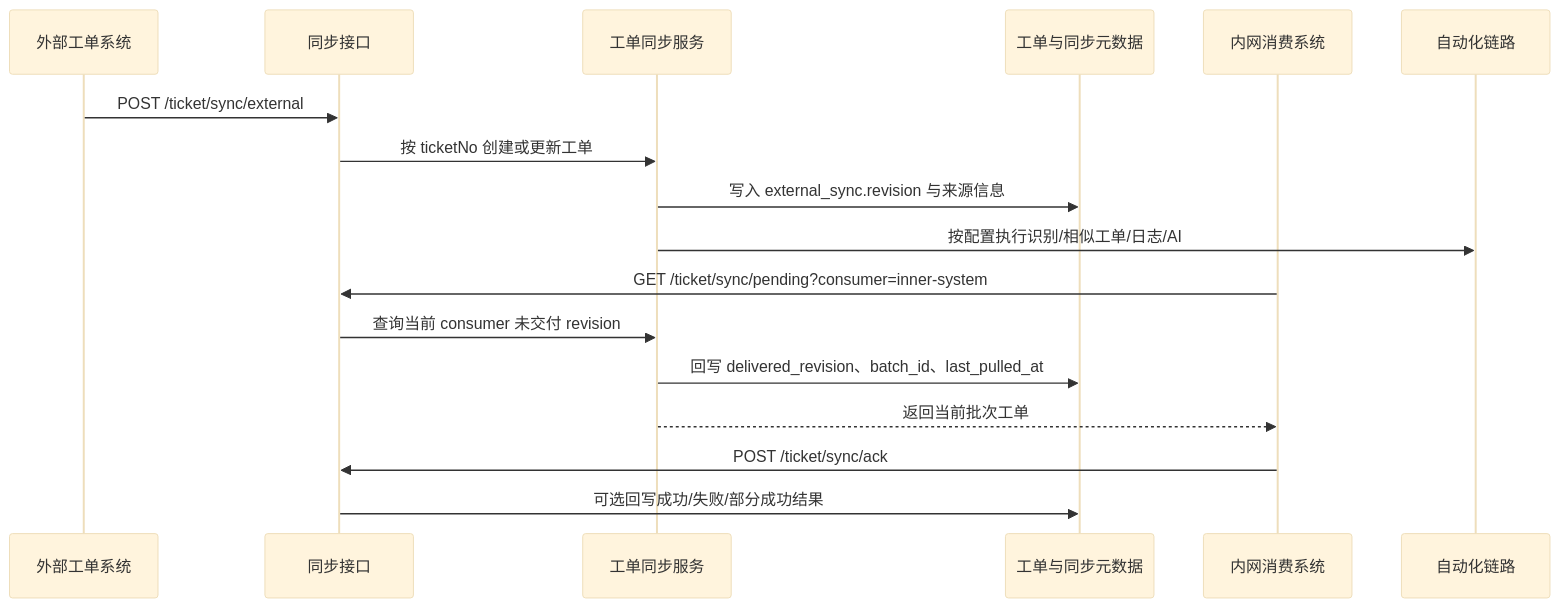
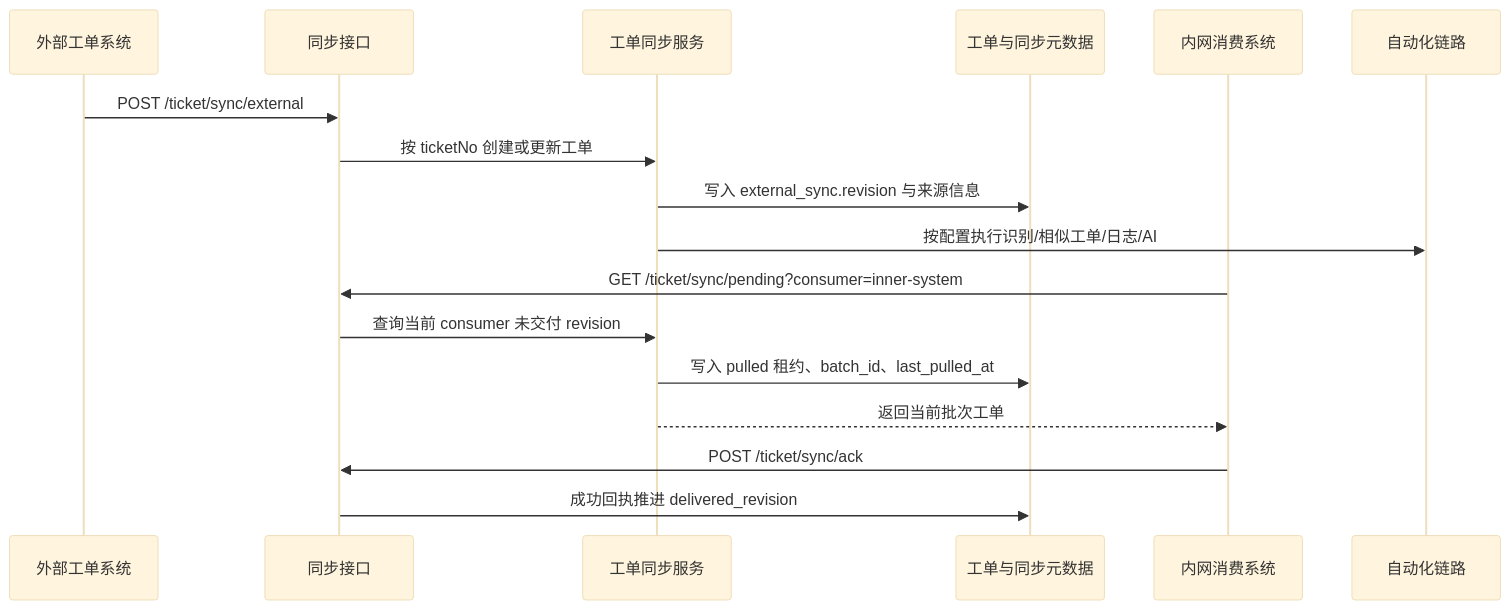
Before and after one commit to diaodeng/ApiTestPlatform: the diagram in wiki/flows/ticket-external-sync-flow.md, drawn with Mermaid (base theme). The commit also changed other lines of this file and 6 other files, not shown here.

````diff
--- a/wiki/flows/ticket-external-sync-flow.md
+++ b/wiki/flows/ticket-external-sync-flow.md
@@ -26,20 +26,20 @@
 ```mermaid
 sequenceDiagram
   participant E as 外部工单系统
   participant G as 同步接口
   participant S as 工单同步服务
   participant D as 工单与同步元数据
   participant I as 内网消费系统
   participant A as 自动化链路
 
   E->>G: POST /ticket/sync/external
   G->>S: 按 ticketNo 创建或更新工单
   S->>D: 写入 external_sync.revision 与来源信息
   S->>A: 按配置执行识别/相似工单/日志/AI
   I->>G: GET /ticket/sync/pending?consumer=inner-system
   G->>S: 查询当前 consumer 未交付 revision
-  S->>D: 回写 delivered_revision、batch_id、last_pulled_at
+  S->>D: 写入 pulled 租约、batch_id、last_pulled_at
   S-->>I: 返回当前批次工单
   I->>G: POST /ticket/sync/ack
-  G->>D: 可选回写成功/失败/部分成功结果
+  G->>D: 成功回执推进 delivered_revision
 ```
````
